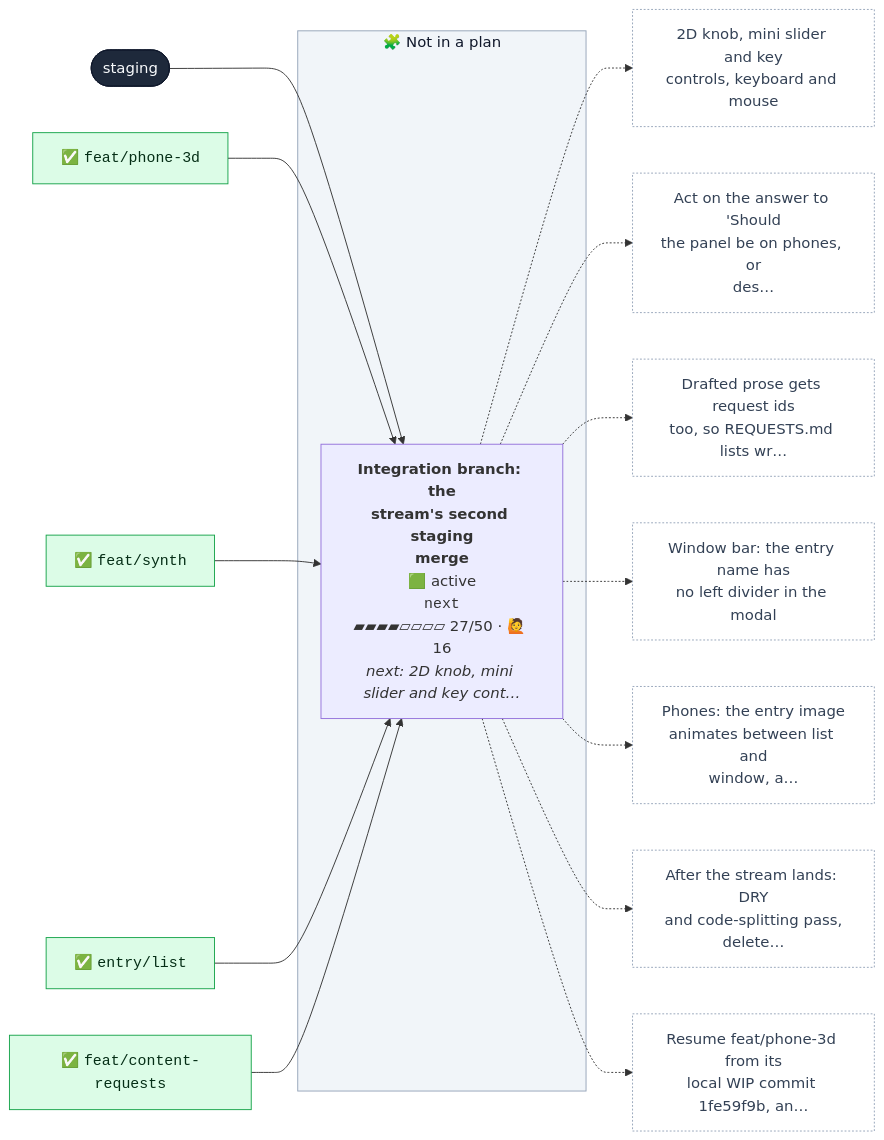
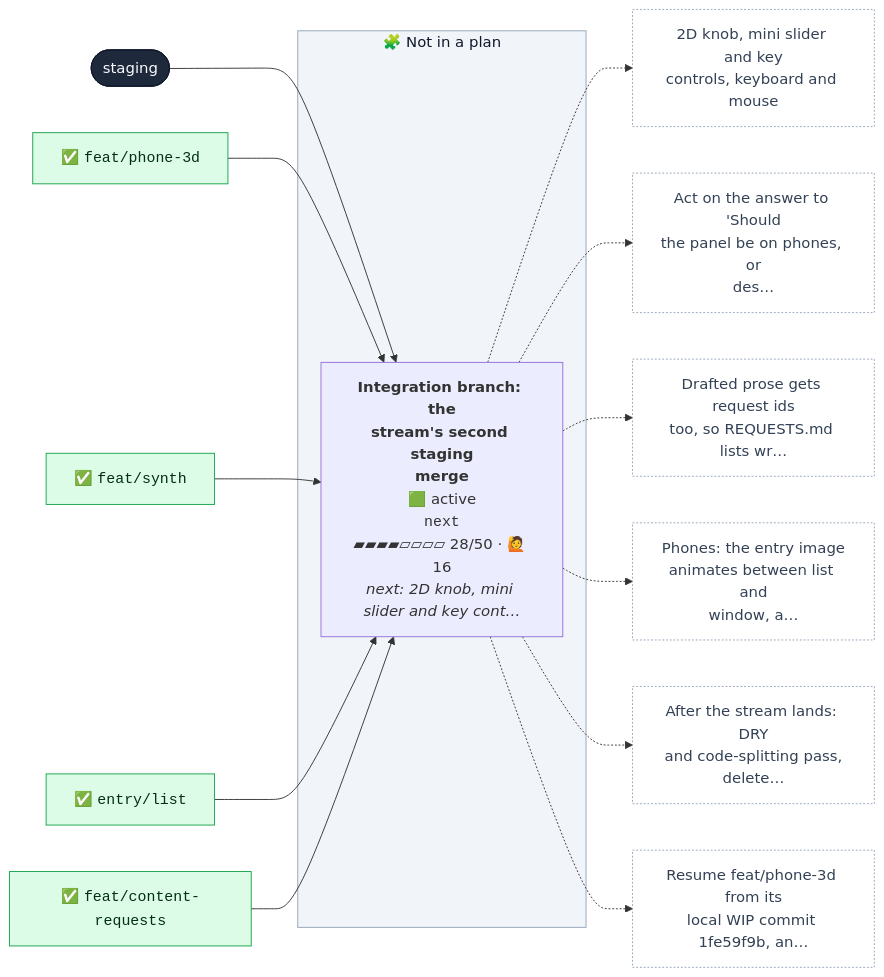
The first of 2 diagrams in CONTRIBUTING.md (henryjonescodes/portfolio), drawn with Mermaid before and after one commit. The commit also changed other lines of this file, not shown here.

````diff
--- a/CONTRIBUTING.md
+++ b/CONTRIBUTING.md
@@ -16,53 +16,50 @@
 ```mermaid
 flowchart LR
   n_staging([staging])
   class n_staging trunk
   subgraph loose["🧩 Not in a plan"]
-    n_next["<b>Integration branch: the<br/>stream's second staging<br/>merge</b><br/>🟩 active<br/><code>next</code><br/>▰▰▰▰▱▱▱▱ 27/50 · 🙋 16<br/><i>next: 2D knob, mini slider and key cont…</i>"]
+    n_next["<b>Integration branch: the<br/>stream's second staging<br/>merge</b><br/>🟩 active<br/><code>next</code><br/>▰▰▰▰▱▱▱▱ 28/50 · 🙋 16<br/><i>next: 2D knob, mini slider and key cont…</i>"]
     class n_next active,current
   end
   style loose fill:#f1f5f9,stroke:#94a3b8,color:#0f172a
   n_staging --> n_next
   n_next_m0["✅ <code>feat/phone-3d</code>"]
   class n_next_m0 merged
   n_next_m0 --> n_next
   n_next_m1["✅ <code>feat/synth</code>"]
   class n_next_m1 merged
   n_next_m1 --> n_next
   n_next_m2["✅ <code>entry/list</code>"]
   class n_next_m2 merged
   n_next_m2 --> n_next
   n_next_m3["✅ <code>feat/content-requests</code>"]
   class n_next_m3 merged
   n_next_m3 --> n_next
   n_next_t0["2D knob, mini slider and key<br/>controls, keyboard and mouse"]
   class n_next_t0 todo
   n_next -.-> n_next_t0
   n_next_t1["Act on the answer to 'Should<br/>the panel be on phones, or<br/>des…"]
   class n_next_t1 todo
   n_next -.-> n_next_t1
   n_next_t2["Drafted prose gets request ids<br/>too, so REQUESTS.md lists wr…"]
   class n_next_t2 todo
   n_next -.-> n_next_t2
-  n_next_t3["Window bar: the entry name has<br/>no left divider in the modal"]
+  n_next_t3["Phones: the entry image<br/>animates between list and<br/>window, a…"]
   class n_next_t3 todo
   n_next -.-> n_next_t3
-  n_next_t4["Phones: the entry image<br/>animates between list and<br/>window, a…"]
+  n_next_t4["After the stream lands: DRY<br/>and code-splitting pass,<br/>delete…"]
   class n_next_t4 todo
   n_next -.-> n_next_t4
-  n_next_t5["After the stream lands: DRY<br/>and code-splitting pass,<br/>delete…"]
+  n_next_t5["Resume feat/phone-3d from its<br/>local WIP commit 1fe59f9b, an…"]
   class n_next_t5 todo
   n_next -.-> n_next_t5
-  n_next_t6["Resume feat/phone-3d from its<br/>local WIP commit 1fe59f9b, an…"]
-  class n_next_t6 todo
-  n_next -.-> n_next_t6
   classDef merged fill:#dcfce7,stroke:#16a34a,color:#052e16
   classDef todo fill:#ffffff,stroke:#94a3b8,stroke-dasharray:2 2,color:#334155
   classDef planned fill:#c7d2fe,stroke:#4f46e5,color:#1e1b4b
   classDef sketched fill:#f8fafc,stroke:#64748b,stroke-dasharray:4 3,color:#334155
   classDef active fill:#bbf7d0,stroke:#16a34a,stroke-width:3px,color:#052e16
   classDef review fill:#fde68a,stroke:#d97706,stroke-width:3px,color:#451a03
   classDef blocked fill:#fecaca,stroke:#dc2626,stroke-width:3px,color:#450a0a
   classDef trunk fill:#1e293b,stroke:#0f172a,color:#f8fafc
   classDef current stroke:#0ea5e9,stroke-width:5px
 ```
````
